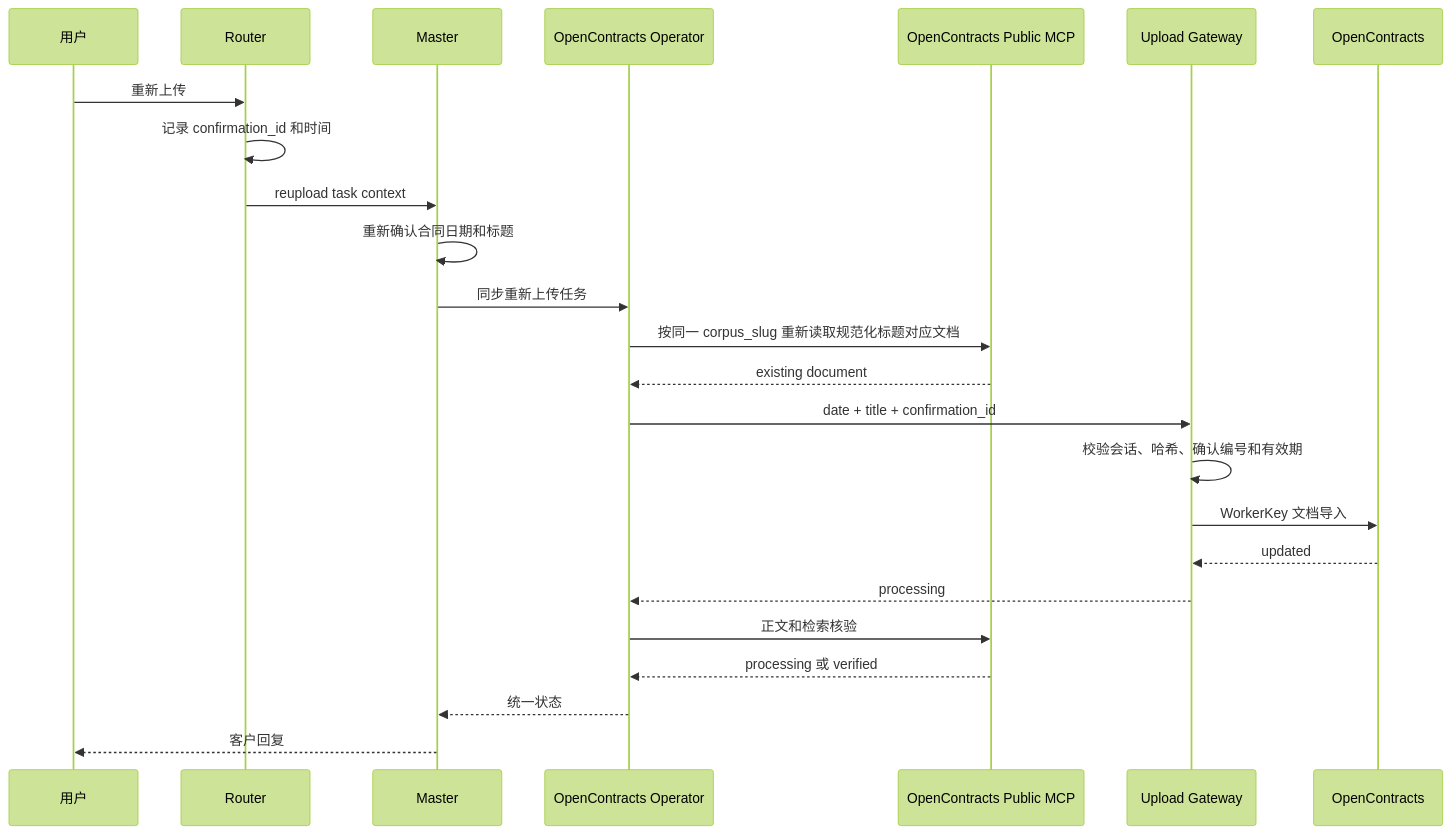
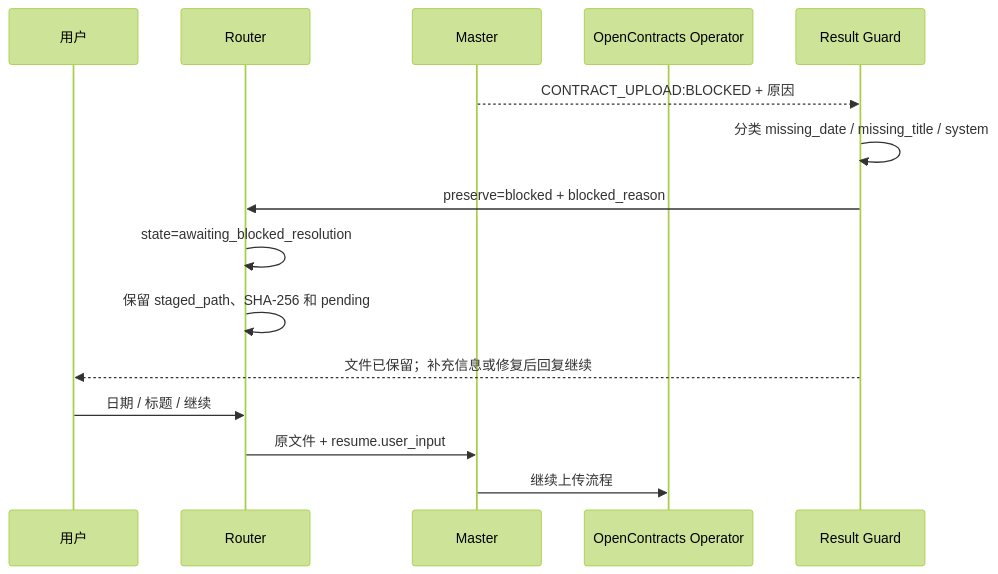
Before and after one commit to Ri0n72Y/ContractBotConfig: the fourth of 6 diagrams in docs/architecture/upload-sequence.md, drawn with Mermaid (forest theme). The commit also changed other lines of this file, not shown here.

Commit message:
docs: add blocked resume upload sequence

````diff
--- a/docs/architecture/upload-sequence.md
+++ b/docs/architecture/upload-sequence.md
@@ -64,27 +86,18 @@
 ```mermaid
 sequenceDiagram
     participant U as 用户
     participant R as Router
     participant M as Master
     participant O as OpenContracts Operator
-    participant MCP as OpenContracts Public MCP
-    participant G as Upload Gateway
-    participant OC as OpenContracts
+    participant RG as Result Guard
 
-    U->>R: 重新上传
-    R->>R: 记录 confirmation_id 和时间
-    R->>M: reupload task context
-    M->>M: 重新确认合同日期和标题
-    M->>O: 同步重新上传任务
-    O->>MCP: 按同一 corpus_slug 重新读取规范化标题对应文档
-    MCP-->>O: existing document
-    O->>G: date + title + confirmation_id
-    G->>G: 校验会话、哈希、确认编号和有效期
-    G->>OC: WorkerKey 文档导入
-    OC-->>G: updated
-    G-->>O: processing
-    O->>MCP: 正文和检索核验
-    MCP-->>O: processing 或 verified
-    O-->>M: 统一状态
-    M-->>U: 客户回复
+    M-->>RG: CONTRACT_UPLOAD:BLOCKED + 原因
+    RG->>RG: 分类 missing_date / missing_title / system
+    RG->>R: preserve=blocked + blocked_reason
+    R->>R: state=awaiting_blocked_resolution
+    R->>R: 保留 staged_path、SHA-256 和 pending
+    RG-->>U: 文件已保留；补充信息或修复后回复继续
+    U->>R: 日期 / 标题 / 继续
+    R->>M: 原文件 + resume.user_input
+    M->>O: 继续上传流程
 ```
````
